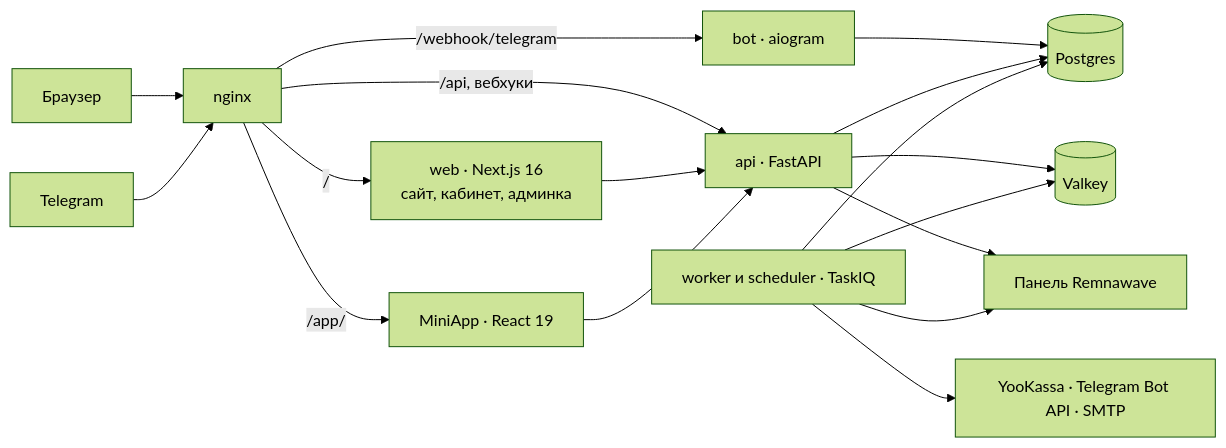
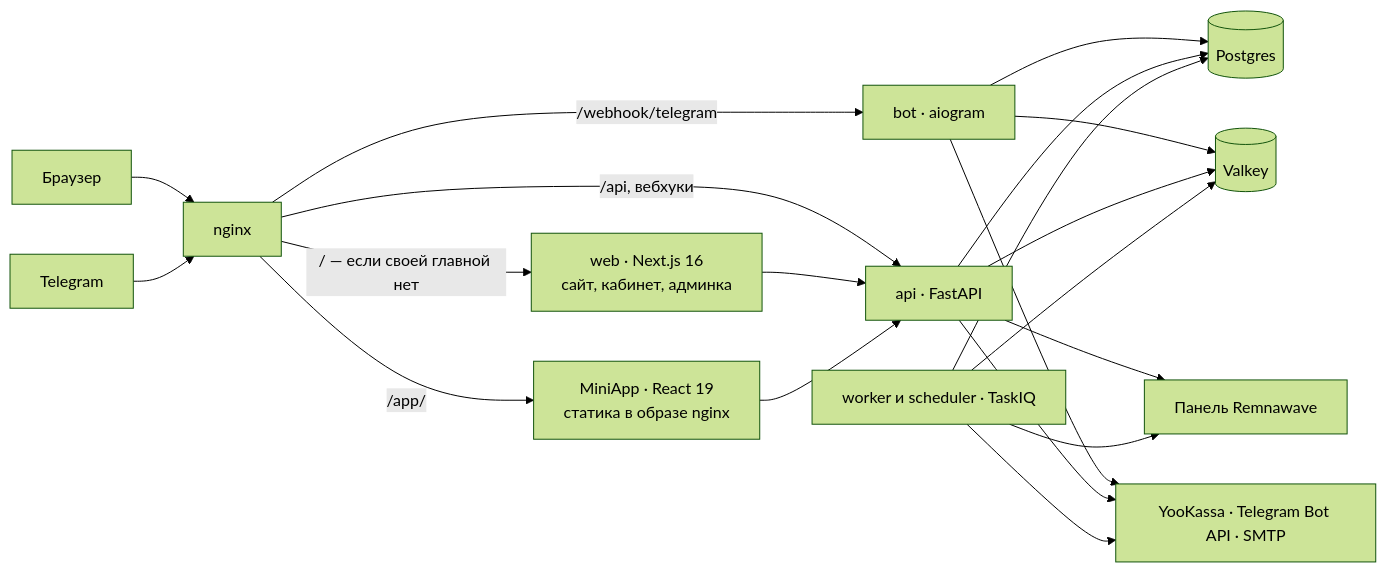
One commit to VAQYBIN/repibot-shop changed the diagram in README.md. Above: the diagram before and after it, drawn with Mermaid (forest theme). The commit also changed 5 other files, not shown here.

````diff
--- a/README.md
+++ b/README.md
@@ -140,22 +140,25 @@
 ```mermaid
 flowchart LR
     browser["Браузер"] --> nginx
     telegram["Telegram"] --> nginx
 
-    nginx["nginx"] -->|"/"| web["web · Next.js 16<br>сайт, кабинет, админка"]
-    nginx -->|"/app/"| miniapp["MiniApp · React 19"]
+    nginx["nginx"] -->|"/ — если своей главной нет"| web["web · Next.js 16<br>сайт, кабинет, админка"]
+    nginx -->|"/app/"| miniapp["MiniApp · React 19<br>статика в образе nginx"]
     nginx -->|"/api, вебхуки"| api["api · FastAPI"]
     nginx -->|"/webhook/telegram"| bot["bot · aiogram"]
 
     web --> api
     miniapp --> api
     bot --> postgres
+    bot --> valkey
+    bot --> outside
     api --> postgres[("Postgres")]
     api --> valkey[("Valkey")]
     api --> remnawave["Панель Remnawave"]
+    api --> outside
 
     worker["worker и scheduler · TaskIQ"] --> postgres
     worker --> valkey
     worker --> remnawave
     worker --> outside["YooKassa · Telegram Bot API · SMTP"]
 ```
````
